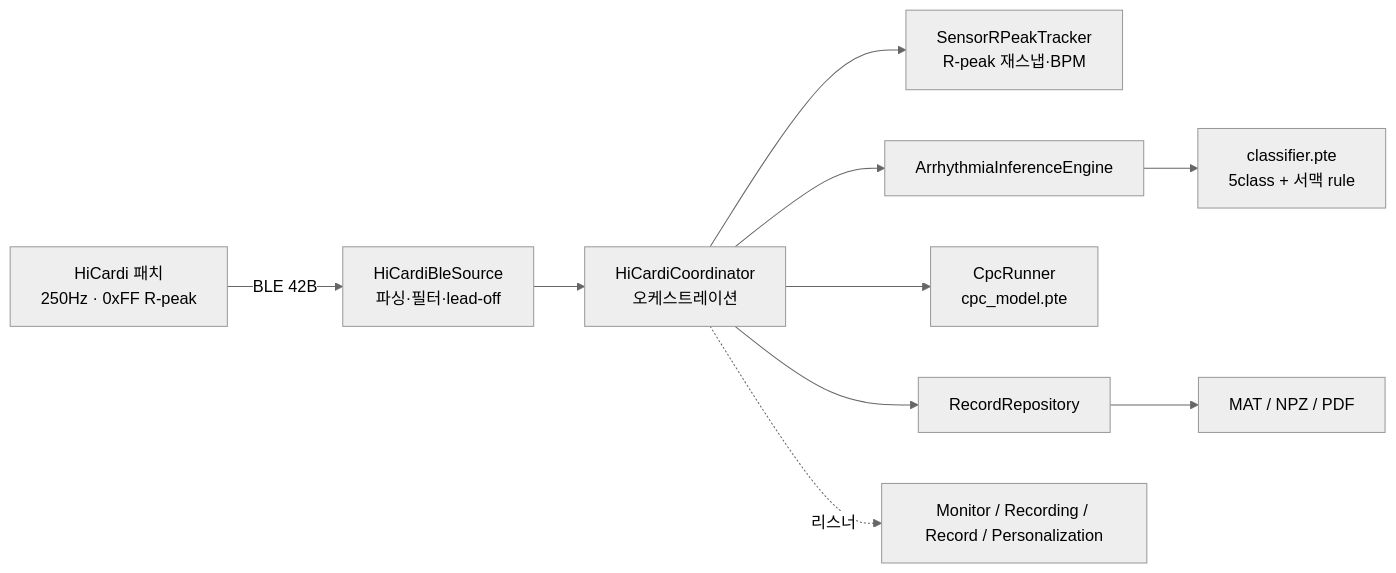
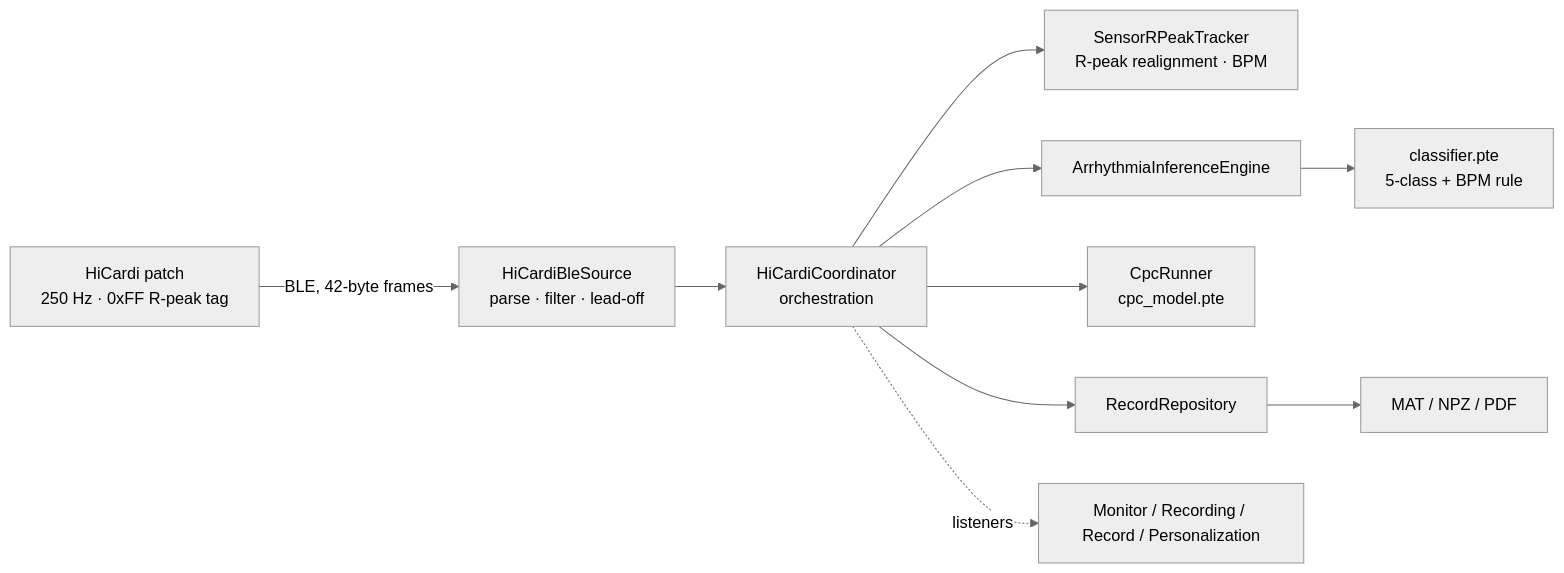
One commit to h4xryu/ECG-Realtime-monitor changed the diagram in README.md. Above: the diagram before and after it, drawn with Mermaid (neutral theme). The commit also changed other lines of this file, not shown here.

````diff
--- a/README.md
+++ b/README.md
@@ -33,10 +54,10 @@
 ```mermaid
 flowchart LR
-  SENS["HiCardi 패치<br/>250Hz · 0xFF R-peak"] -->|BLE 42B| BLE["HiCardiBleSource<br/>파싱·필터·lead-off"]
-  BLE --> COORD["HiCardiCoordinator<br/>오케스트레이션"]
-  COORD --> RPT["SensorRPeakTracker<br/>R-peak 재스냅·BPM"]
-  COORD --> AIE["ArrhythmiaInferenceEngine"] --> CLS["classifier.pte<br/>5class + 서맥 rule"]
+  SENS["HiCardi patch<br/>250 Hz &middot; 0xFF R-peak tag"] -->|BLE, 42-byte frames| BLE["HiCardiBleSource<br/>parse &middot; filter &middot; lead-off"]
+  BLE --> COORD["HiCardiCoordinator<br/>orchestration"]
+  COORD --> RPT["SensorRPeakTracker<br/>R-peak realignment &middot; BPM"]
+  COORD --> AIE["ArrhythmiaInferenceEngine"] --> CLS["classifier.pte<br/>5-class + BPM rule"]
   COORD --> CPC["CpcRunner<br/>cpc_model.pte"]
   COORD --> REPO["RecordRepository"] --> EXP["MAT / NPZ / PDF"]
-  COORD -. 리스너 .-> UI["Monitor / Recording / Record / Personalization"]
+  COORD -. listeners .-> UI["Monitor / Recording / Record / Personalization"]
 ```
````
